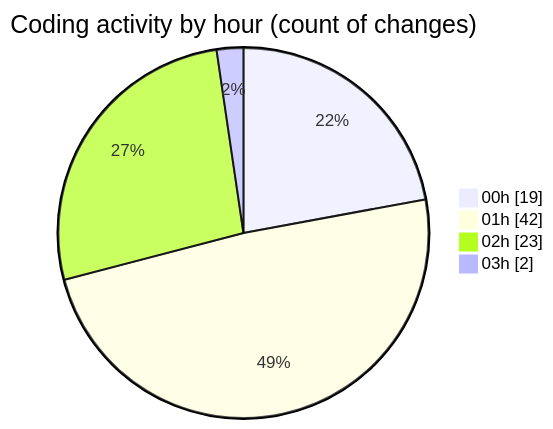
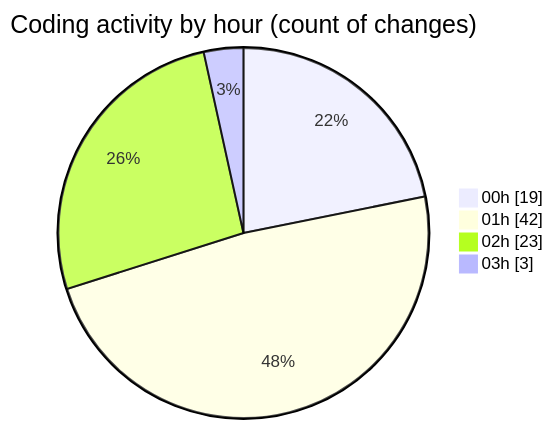
The second of 2 diagrams in 2025-02-23/pdf-analysis-app/README.md (momahboobian/code-tracking), drawn with Mermaid before and after one commit. The commit also changed other lines of this file and 1 other file, not shown here.

````diff
--- a/2025-02-23/pdf-analysis-app/README.md
+++ b/2025-02-23/pdf-analysis-app/README.md
@@ -44,8 +44,8 @@
 ```mermaid
 pie showData
 title Coding activity by hour (count of changes)
 "00h" : 19
 "01h" : 42
 "02h" : 23
-"03h" : 2
+"03h" : 3
 ```
````
